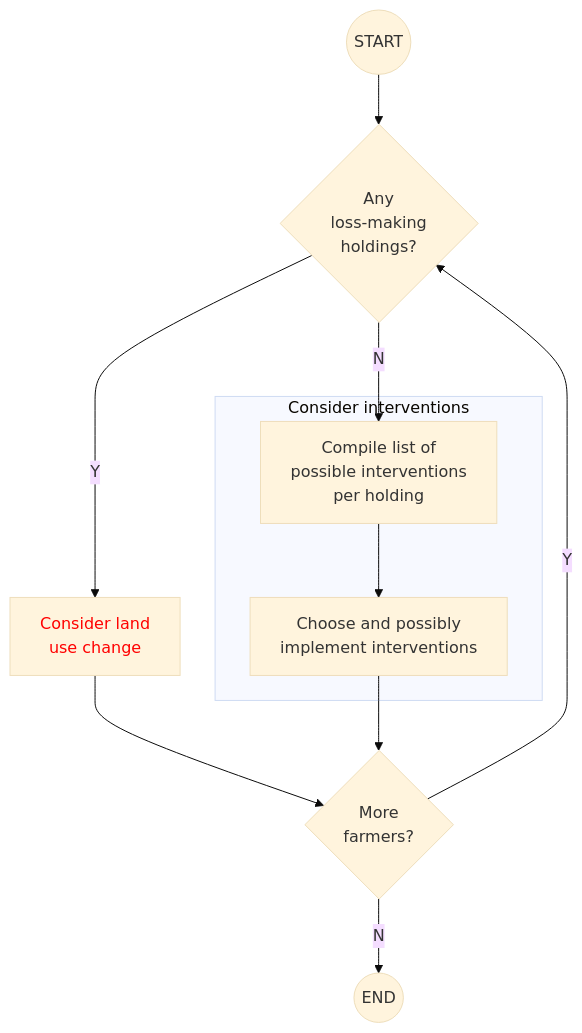
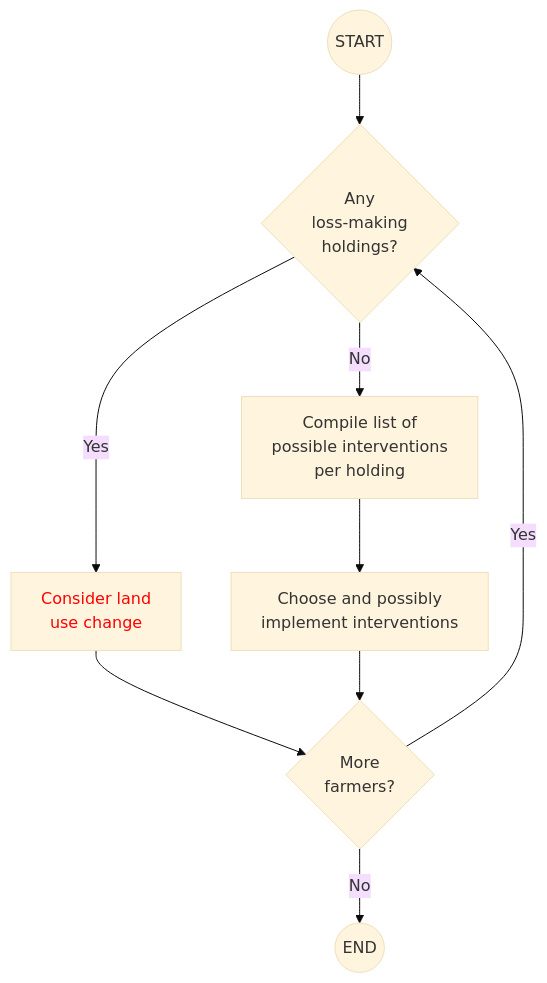
One commit to DOSull/moving-the-middle-abm changed the diagram in model-description/documents/05-farmer-decisions-interventions.qmd. Above: the diagram before and after it, drawn with Mermaid (base theme). The commit also changed other lines of this file and 38 other files, not shown here.

````diff
--- a/model-description/documents/05-farmer-decisions-interventions.qmd
+++ b/model-description/documents/05-farmer-decisions-interventions.qmd
@@ -39,21 +39,19 @@
 ```{mermaid}
 flowchart TB
   A((START))
   F{Any<br>loss-making<br>holdings?}
   G[<span style='color:red;'>Consider land<br>use change</span>]
   L[Compile list of<br>possible interventions<br>per holding]
   M[Choose and possibly<br>implement interventions]
   N{More<br>farmers?}
   Z((END))
   A --> F
-  F -->|Y| G
+  F -->|Yes| G
   G --> N
-  F -->|N| L
-  subgraph "Consider interventions"
+  F -->|No| L
   L --> M
-  end
   M --> N
-  N -->|Y| F
-  N -->|N| Z
+  N -->|Yes| F
+  N -->|No| Z
   click G "04-farmer-decisions-land-use.html" "Click for details"
 ```
````
